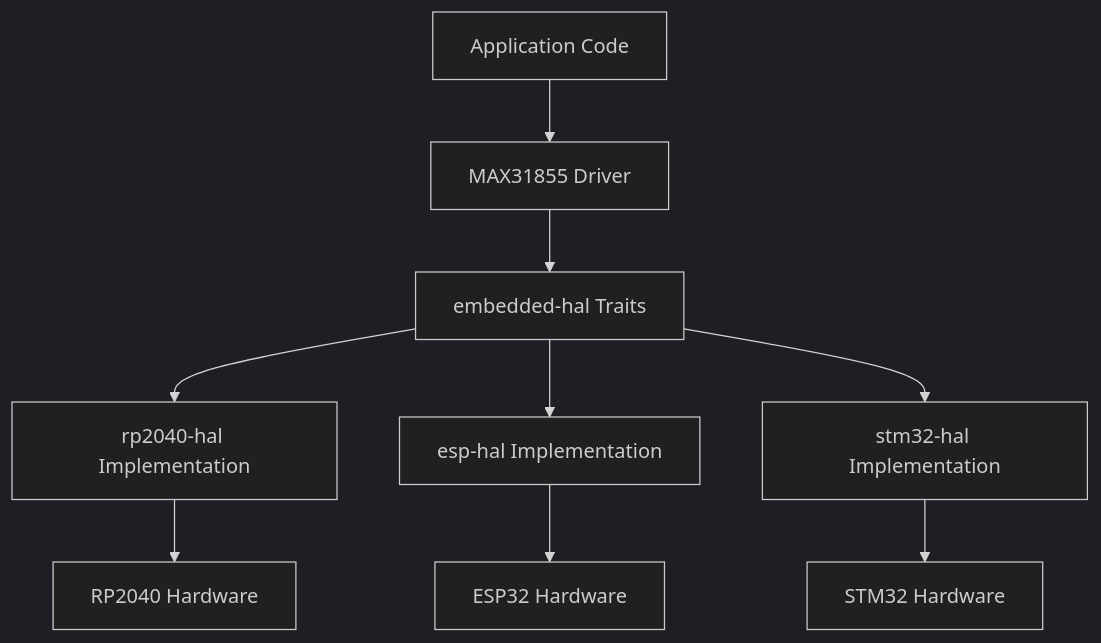
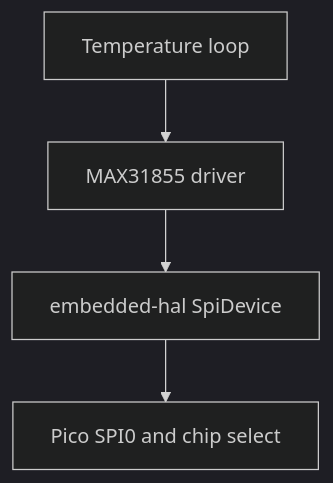
One commit to markuskreitzer/kreitzer-dot-dev changed the second of 3 diagrams in content/blog/rp2040-thermocouple-rust-embedded.md. Above: the diagram before and after it, drawn with Mermaid (dark theme). The commit also changed other lines of this file and 16 other files, not shown here.

````diff
--- a/content/blog/rp2040-thermocouple-rust-embedded.md
+++ b/content/blog/rp2040-thermocouple-rust-embedded.md
@@ -71,11 +104,6 @@
 ```mermaid
-graph TD
-    A[Application Code] --> B[MAX31855 Driver]
-    B --> C[embedded-hal Traits]
-    C --> D[rp2040-hal Implementation]
-    C --> E[esp-hal Implementation]
-    C --> F[stm32-hal Implementation]
-    D --> G[RP2040 Hardware]
-    E --> H[ESP32 Hardware]
-    F --> I[STM32 Hardware]
+flowchart TD
+    App[Temperature loop] --> Driver[MAX31855 driver]
+    Driver --> Device[embedded-hal SpiDevice]
+    Device --> Bus[Pico SPI0 and chip select]
 ```
````
